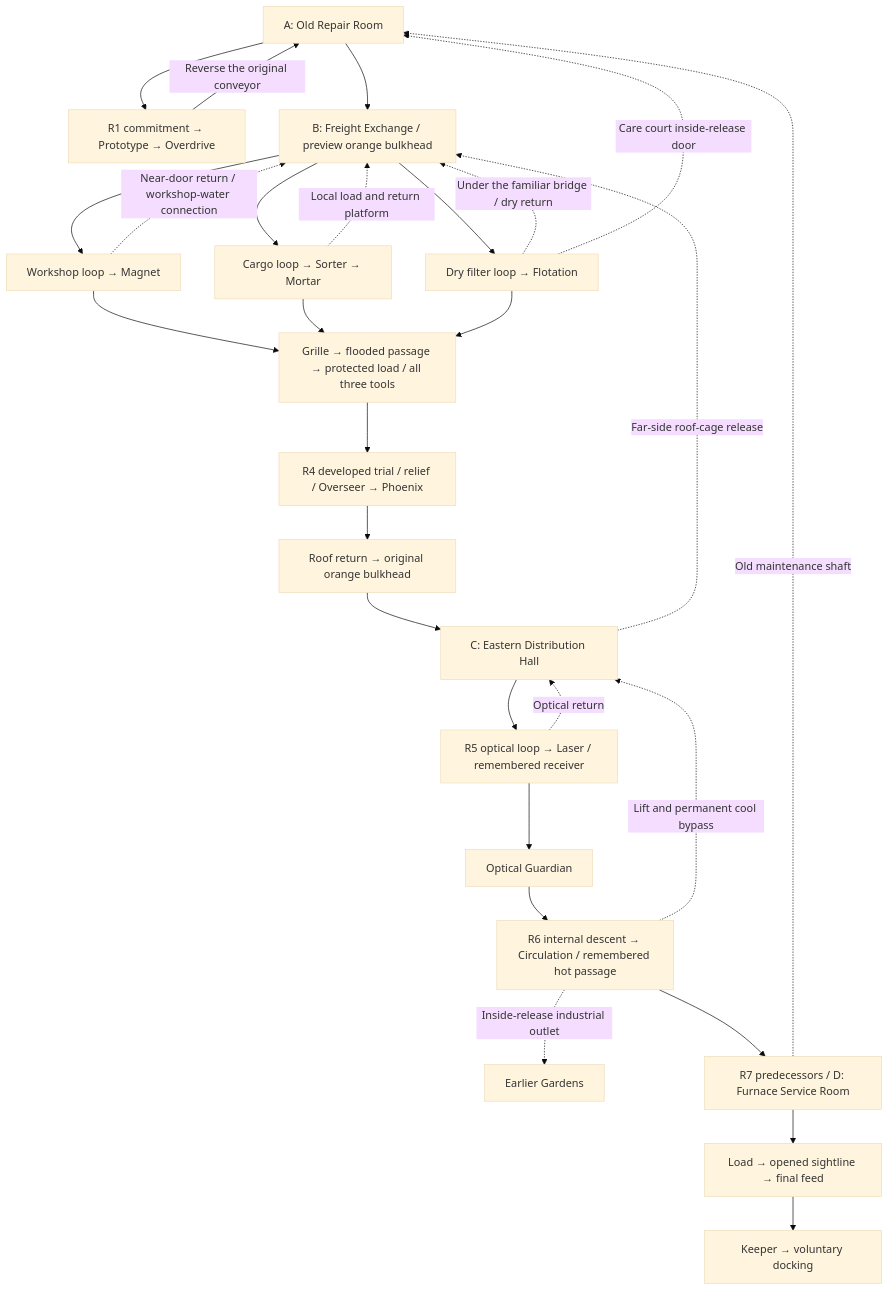
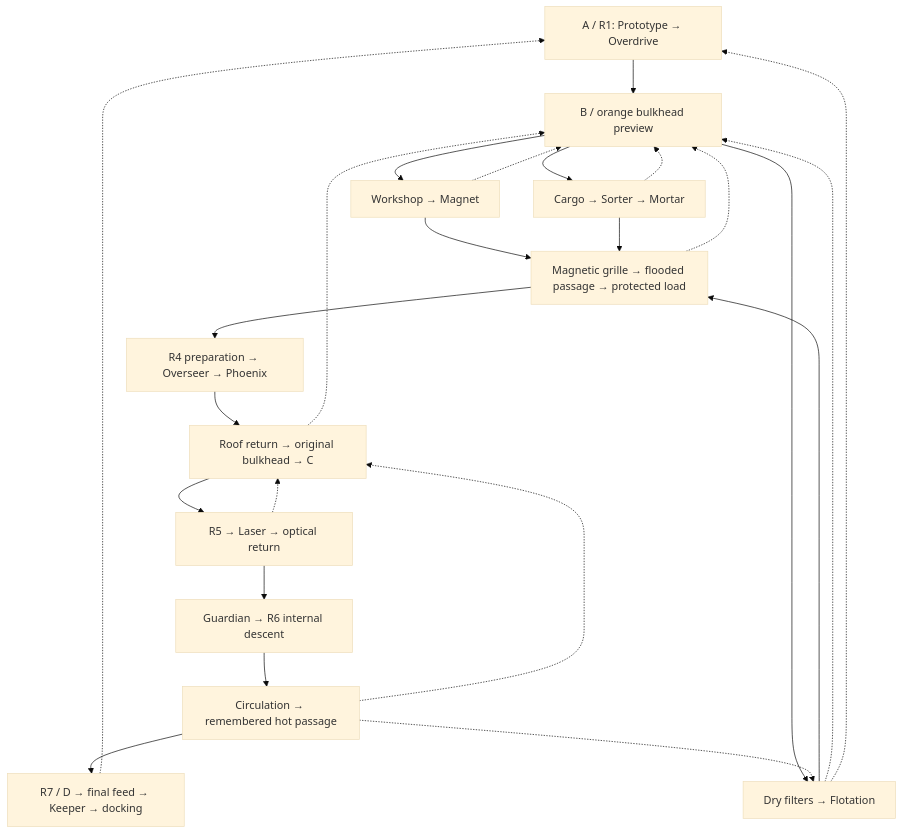
One commit to Milky2018/tankle-adventure-astra changed the diagram in Gamespec.md. Above: the diagram before and after it, drawn with Mermaid (base theme). The commit also changed other lines of this file and 23 other files, not shown here.

````diff
--- a/Gamespec.md
+++ b/Gamespec.md
@@ -371,30 +257,26 @@
 ```mermaid
 flowchart TD
-    A["A: Old Repair Room"] --> F["R1 commitment → Prototype → Overdrive"]
-    F -->|"Reverse the original conveyor"| A
-    A --> B["B: Freight Exchange / preview orange bulkhead"]
-    B --> M["Workshop loop → Magnet"]
-    B --> O["Cargo loop → Sorter → Mortar"]
-    B --> W["Dry filter loop → Flotation"]
-    M -.->|"Near-door return / workshop-water connection"| B
-    O -.->|"Local load and return platform"| B
-    W -.->|"Under the familiar bridge / dry return"| B
-    W -.->|"Care court inside-release door"| A
-    M --> X["Grille → flooded passage → protected load / all three tools"]
+    A["A / R1: Prototype → Overdrive"] --> B["B / orange bulkhead preview"]
+    B --> M["Workshop → Magnet"]
+    B --> O["Cargo → Sorter → Mortar"]
+    B --> W["Dry filters → Flotation"]
+    M --> X["Magnetic grille → flooded passage → protected load"]
     O --> X
     W --> X
-    X --> T["R4 developed trial / relief / Overseer → Phoenix"]
-    T --> R["Roof return → original orange bulkhead"]
-    R --> C["C: Eastern Distribution Hall"]
-    C -.->|"Far-side roof-cage release"| B
-    C --> L["R5 optical loop → Laser / remembered receiver"]
-    L --> OG["Optical Guardian"]
-    OG --> H["R6 internal descent → Circulation / remembered hot passage"]
-    L -.->|"Optical return"| C
-    H -.->|"Lift and permanent cool bypass"| C
-    H -.->|"Inside-release industrial outlet"| G["Earlier Gardens"]
-    H --> D["R7 predecessors / D: Furnace Service Room"]
-    D -.->|"Old maintenance shaft"| A
-    D --> FEED["Load → opened sightline → final feed"]
-    FEED --> K["Keeper → voluntary docking"]
+    X --> P["R4 preparation → Overseer → Phoenix"]
+    P --> C["Roof return → original bulkhead → C"]
+    C --> L["R5 → Laser → optical return"]
+    L --> G["Guardian → R6 internal descent"]
+    G --> H["Circulation → remembered hot passage"]
+    H --> D["R7 / D → final feed → Keeper → docking"]
+    M -.-> B
+    O -.-> B
+    W -.-> B
+    W -.-> A
+    X -.-> B
+    C -.-> B
+    L -.-> C
+    H -.-> C
+    H -.-> W
+    D -.-> A
 ```
````
